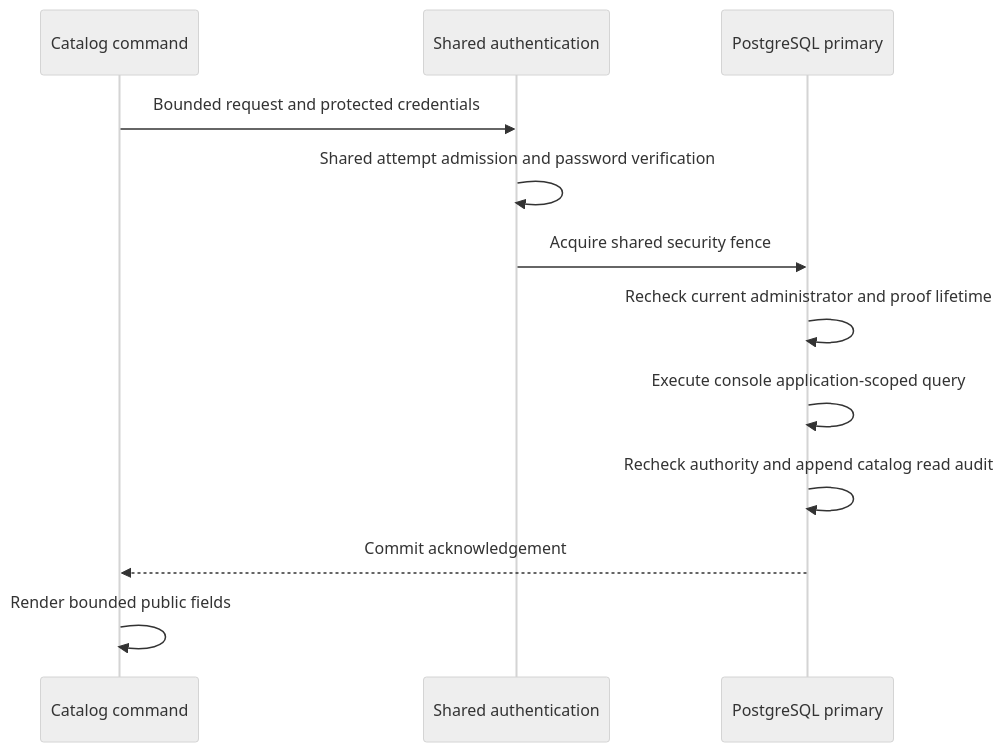
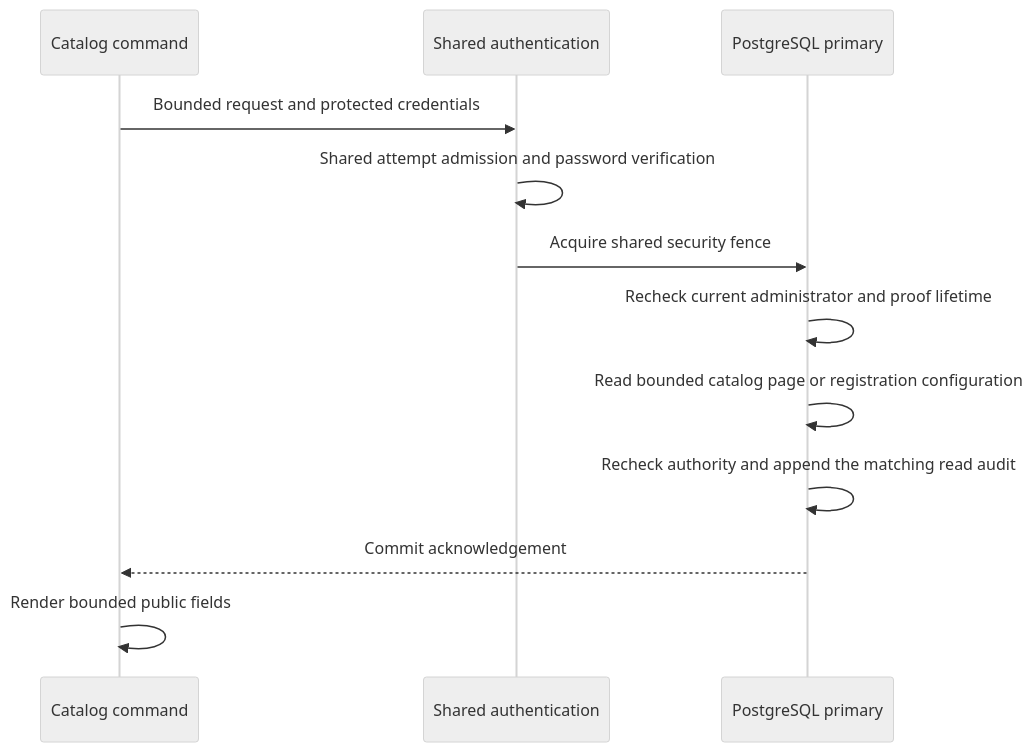
One commit to OneTesseractInMultiverse/darkhorse-identity changed the diagram in docs/operator-catalog.md. Above: the diagram before and after it, drawn with Mermaid (neutral theme). The commit also changed other lines of this file and 36 other files, not shown here.

````diff
--- a/docs/operator-catalog.md
+++ b/docs/operator-catalog.md
@@ -72,14 +106,14 @@
 ```mermaid
 sequenceDiagram
     participant C as Catalog command
     participant A as Shared authentication
     participant P as PostgreSQL primary
     C->>A: Bounded request and protected credentials
     A->>A: Shared attempt admission and password verification
     A->>P: Acquire shared security fence
     P->>P: Recheck current administrator and proof lifetime
-    P->>P: Execute console application-scoped query
-    P->>P: Recheck authority and append catalog read audit
+    P->>P: Read bounded catalog page or registration configuration
+    P->>P: Recheck authority and append the matching read audit
     P-->>C: Commit acknowledgement
     C->>C: Render bounded public fields
 ```
````
